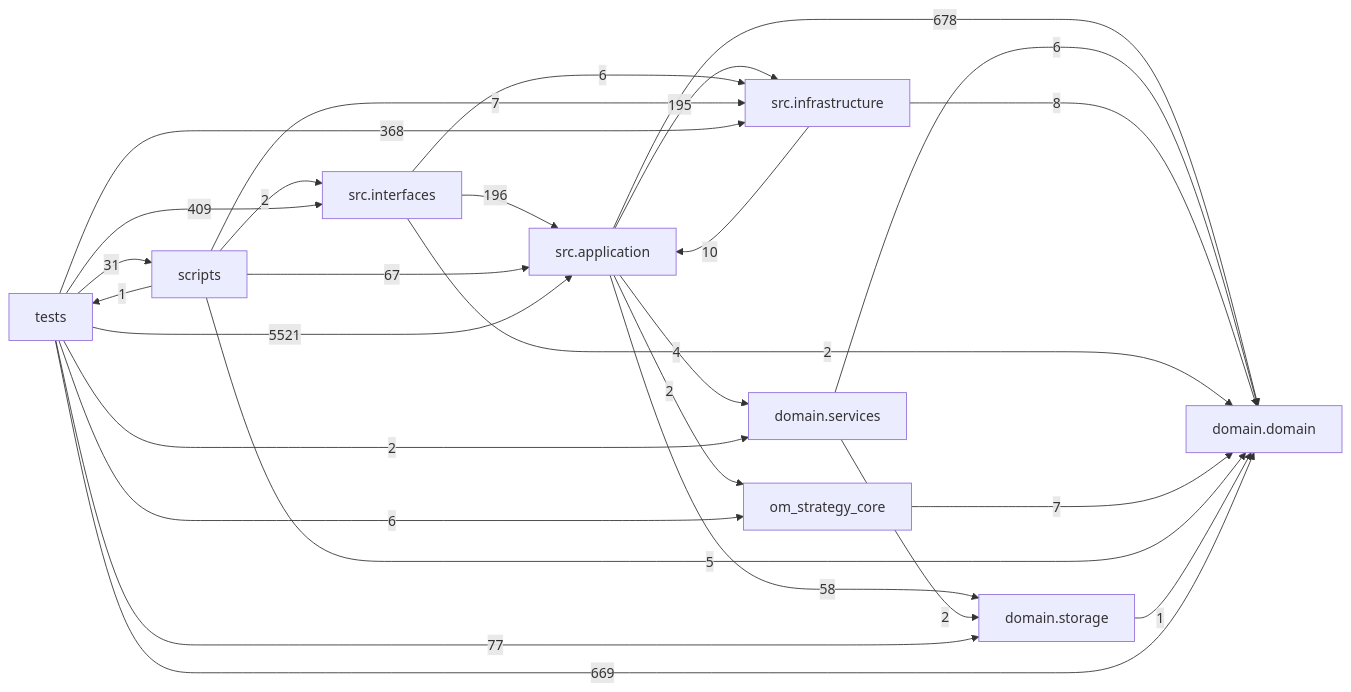
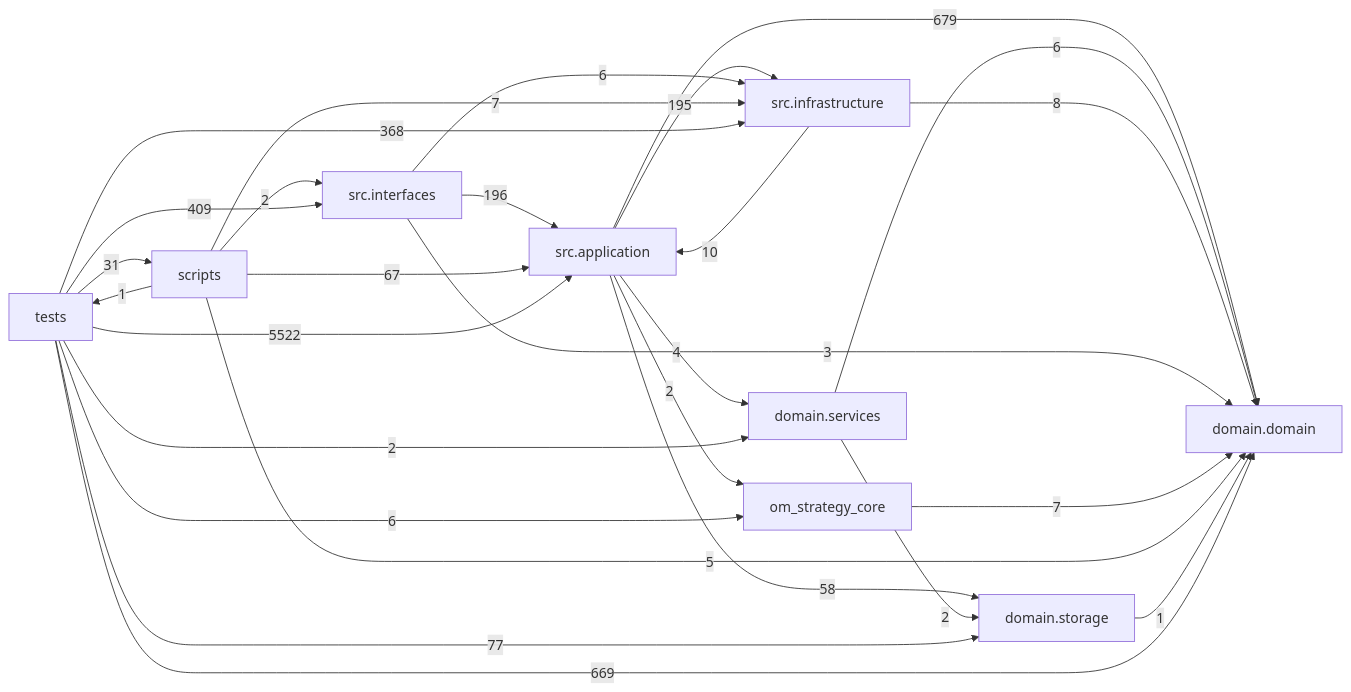
Before and after one commit to liuxie066/options-monitor: the diagram in docs/DEPENDENCY_GRAPH.md, drawn with Mermaid. The commit also changed other lines of this file and 17 other files, not shown here.

````diff
--- a/docs/DEPENDENCY_GRAPH.md
+++ b/docs/DEPENDENCY_GRAPH.md
@@ -24,38 +24,38 @@
 ```mermaid
 flowchart LR
   tests["tests"]
   scripts["scripts"]
   interfaces["src.interfaces"]
   application["src.application"]
   infrastructure["src.infrastructure"]
   domain_services["domain.services"]
   domain["domain.domain"]
   storage["domain.storage"]
-  application -->|678| domain
+  application -->|679| domain
   application -->|4| domain_services
   application -->|195| infrastructure
   application -->|2| om_strategy_core
   application -->|58| storage
   domain_services -->|6| domain
   domain_services -->|2| storage
   infrastructure -->|10| application
   infrastructure -->|8| domain
   interfaces -->|196| application
-  interfaces -->|2| domain
+  interfaces -->|3| domain
   interfaces -->|6| infrastructure
   om_strategy_core -->|7| domain
   scripts -->|67| application
   scripts -->|5| domain
   scripts -->|7| infrastructure
   scripts -->|2| interfaces
   scripts -->|1| tests
   storage -->|1| domain
-  tests -->|5521| application
+  tests -->|5522| application
   tests -->|669| domain
   tests -->|2| domain_services
   tests -->|368| infrastructure
   tests -->|409| interfaces
   tests -->|6| om_strategy_core
   tests -->|31| scripts
   tests -->|77| storage
 ```
````
